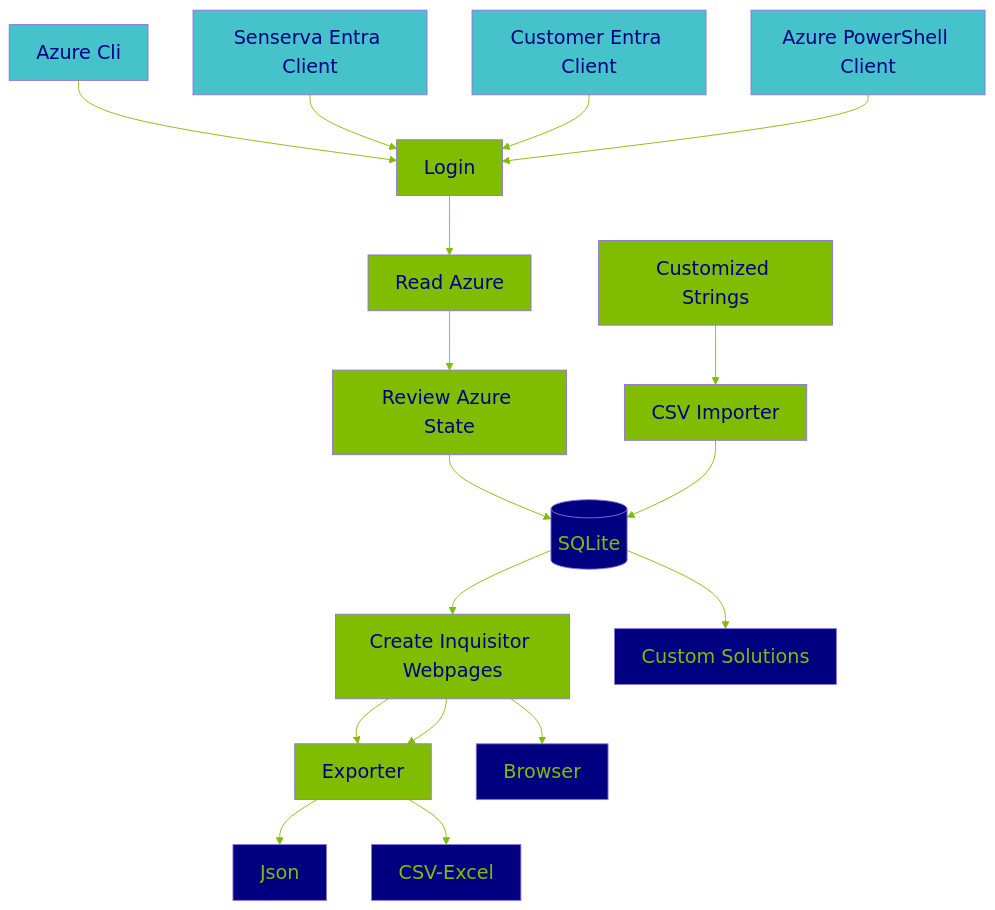
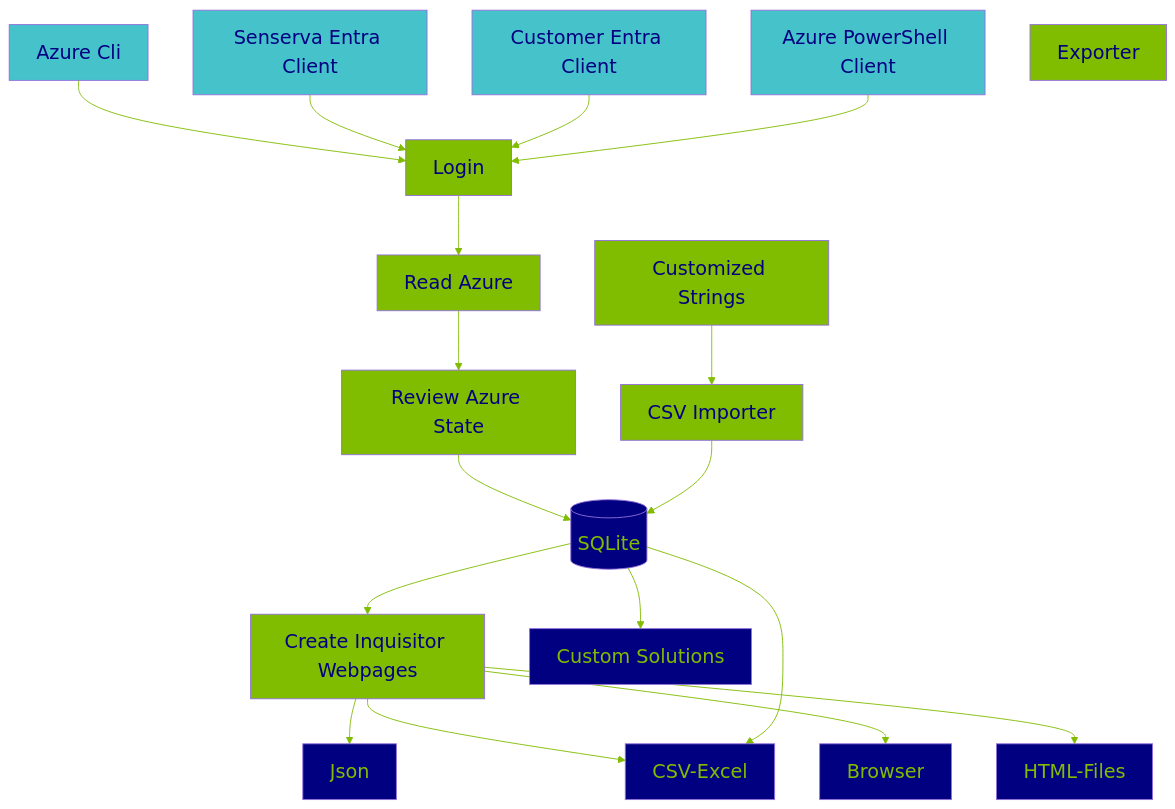
One commit to Senserva-LLC/Senserva-Inquisitor changed the first of 2 diagrams in README.md. Above: the diagram before and after it, drawn with Mermaid. The commit also changed other lines of this file, not shown here.

````diff
--- a/README.md
+++ b/README.md
@@ -133,33 +133,36 @@
 ```mermaid
 
 graph TD;
     Login --> read-azure[Read Azure] --> Review-Azure-State[Review Azure State] --> Database[(SQLite)] --> Create-Webpages[Create Inquisitor Webpages];
     Azure-Cli-Client[Azure Cli] -->Login;
     Senserva-EntraID-Client[Senserva Entra Client] -->Login;
     Customer-EntraID-Client[Customer Entra Client] -->Login;
     Powershell-Cli-Client[Azure PowerShell Client] -->Login;
     User-Customized-Strings[Customized Strings] --> CSV-Importer[CSV Importer];
     CSV-Importer --> Database[(SQLite)];
-    Create-Webpages --> Exporter --> Json;
-    Create-Webpages --> Exporter --> CSV-Excel;
+    Create-Webpages --> Json;
+    Create-Webpages --> CSV-Excel;
     Create-Webpages --> Browser;
     Database[(SQLite)] --> Custom-Solutions[Custom Solutions];
+    Database[(SQLite)] --> CSV-Excel;
+    Create-Webpages --> HTML-Files;
 style Login fill:#80BC00,color:#000080,font-size:16pt
 style Customer-EntraID-Client fill:#46C2CB,color:#000080,font-size:16pt
 style Azure-Cli-Client fill:#46C2CB,color:#000080,font-size:16pt
 style Senserva-EntraID-Client fill:#46C2CB,color:#000080,font-size:16pt
 style Powershell-Cli-Client fill:#46C2CB,color:#000080,font-size:16pt
 style CSV-Importer fill:#80BC00,color:#000080,font-size:16pt
 style Create-Webpages fill:#80BC00,color:#000080,font-size:16pt
 style Database fill:#000080,color:#80BC00,font-size:16pt
 style Custom-Solutions fill:#000080,color:#80BC00,font-size:16pt
 style Create-Webpages fill:#80BC00,color:#000080,font-size:16pt
 style Review-Azure-State fill:#80BC00,color:#000080,font-size:16pt
 style read-azure fill:#80BC00,color:#000080,font-size:16pt
 style User-Customized-Strings fill:#80BC00,color:#000080,font-size:16pt
 style Json fill:#000080,color:#80BC00,font-size:16pt
 style CSV-Excel fill:#000080,color:#80BC00,font-size:16pt
+style HTML-Files fill:#000080,color:#80BC00,font-size:16pt;
 style Exporter fill:#80BC00,color:#000080,font-size:16pt
 style Browser fill:#000080,color:#80BC00,font-size:16pt
 linkStyle default stroke:#80BC00
 ```
````
